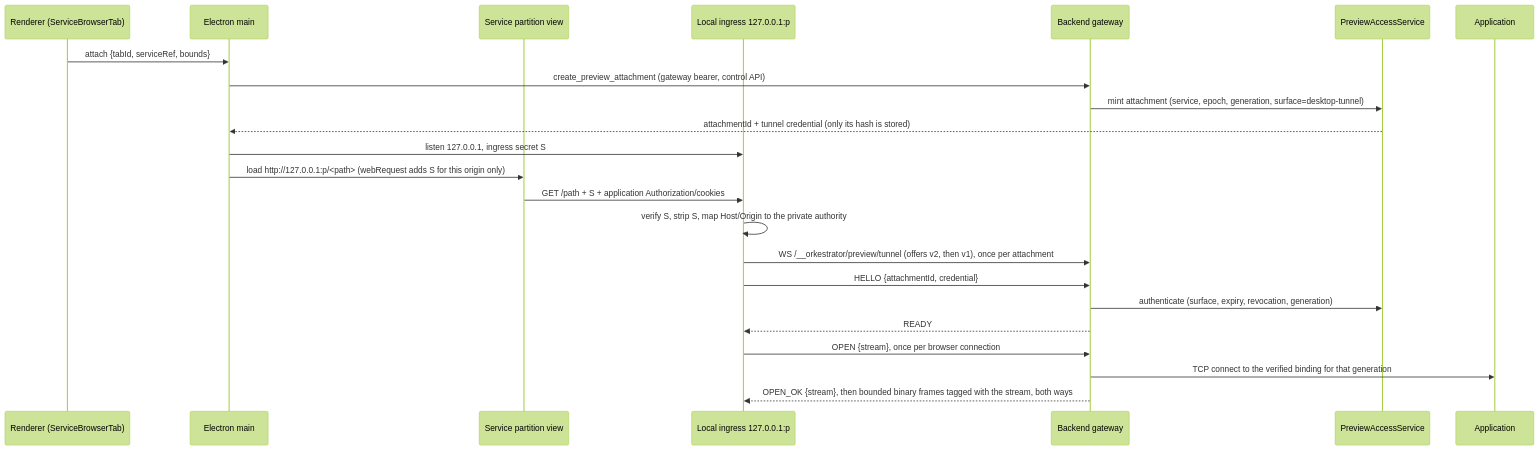
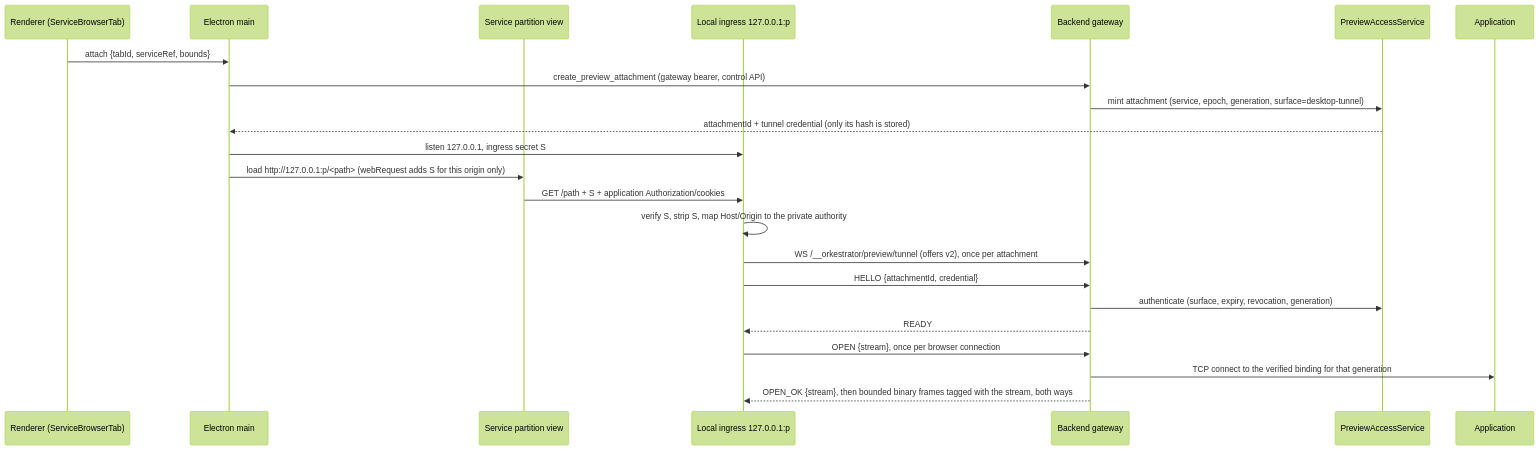
Before and after one commit to orkestrator-ai/orkestrator-v2: the diagram in docs/architecture/browser-previews.md, drawn with Mermaid (forest theme). The commit also changed other lines of this file and 504 other files, not shown here.

````diff
--- a/docs/architecture/browser-previews.md
+++ b/docs/architecture/browser-previews.md
@@ -552,25 +561,25 @@
 ```mermaid
 sequenceDiagram
   participant R as Renderer (ServiceBrowserTab)
   participant M as Electron main
   participant V as Service partition view
   participant I as Local ingress 127.0.0.1:p
   participant G as Backend gateway
   participant A as PreviewAccessService
   participant U as Application
   R->>M: attach {tabId, serviceRef, bounds}
   M->>G: create_preview_attachment (gateway bearer, control API)
   G->>A: mint attachment (service, epoch, generation, surface=desktop-tunnel)
   A-->>M: attachmentId + tunnel credential (only its hash is stored)
   M->>I: listen 127.0.0.1, ingress secret S
   M->>V: load http://127.0.0.1:p/<path> (webRequest adds S for this origin only)
   V->>I: GET /path + S + application Authorization/cookies
   I->>I: verify S, strip S, map Host/Origin to the private authority
-  I->>G: WS /__orkestrator/preview/tunnel (offers v2, then v1), once per attachment
+  I->>G: WS /__orkestrator/preview/tunnel (offers v2), once per attachment
   I->>G: HELLO {attachmentId, credential}
   G->>A: authenticate (surface, expiry, revocation, generation)
   G-->>I: READY
   I->>G: OPEN {stream}, once per browser connection
   G->>U: TCP connect to the verified binding for that generation
   G-->>I: OPEN_OK {stream}, then bounded binary frames tagged with the stream, both ways
 ```
````
